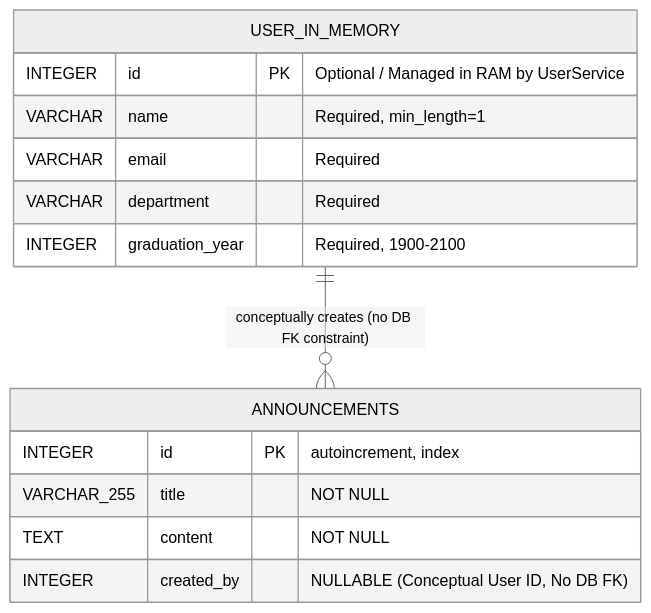
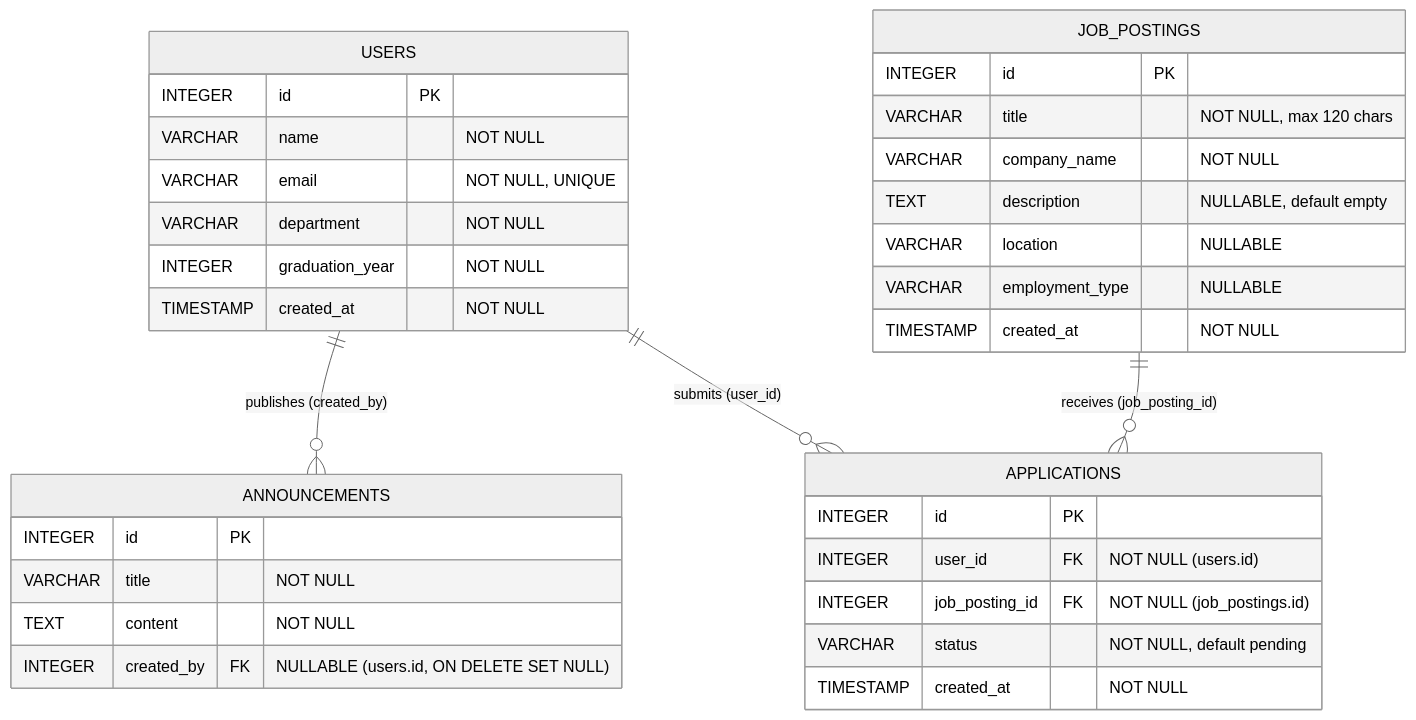
Before and after one commit to berenntn/alumni: the diagram in add.md, drawn with Mermaid (neutral theme). The commit also changed other lines of this file and 17 other files, not shown here.

````diff
--- a/add.md
+++ b/add.md
@@ -134,29 +114,40 @@
 ```mermaid
 erDiagram
-    %% ==========================================================
-    %% PHYSICAL DATABASE TABLE (PostgreSQL 16)
-    %% ==========================================================
-    ANNOUNCEMENTS {
-        INTEGER id PK "autoincrement, index"
-        VARCHAR_255 title "NOT NULL"
-        TEXT content "NOT NULL"
-        INTEGER created_by "NULLABLE (Conceptual User ID, No DB FK)"
+    USERS ||--o{ ANNOUNCEMENTS : "publishes (created_by)"
+    USERS ||--o{ APPLICATIONS : "submits (user_id)"
+    JOB_POSTINGS ||--o{ APPLICATIONS : "receives (job_posting_id)"
+
+    USERS {
+        INTEGER id PK
+        VARCHAR name "NOT NULL"
+        VARCHAR email "NOT NULL, UNIQUE"
+        VARCHAR department "NOT NULL"
+        INTEGER graduation_year "NOT NULL"
+        TIMESTAMP created_at "NOT NULL"
     }
 
-    %% ==========================================================
-    %% APPLICATION IN-MEMORY ENTITY (Python RAM / Dict[int, User])
-    %% ==========================================================
-    USER_IN_MEMORY {
-        INTEGER id PK "Optional / Managed in RAM by UserService"
-        VARCHAR name "Required, min_length=1"
-        VARCHAR email "Required"
-        VARCHAR department "Required"
-        INTEGER graduation_year "Required, 1900-2100"
+    ANNOUNCEMENTS {
+        INTEGER id PK
+        VARCHAR title "NOT NULL"
+        TEXT content "NOT NULL"
+        INTEGER created_by FK "NULLABLE (users.id, ON DELETE SET NULL)"
     }
 
-    %% ==========================================================
-    %% CONCEPTUAL RELATIONSHIP
-    %% (Enforced in application layer, NOT by PostgreSQL FK)
-    %% ==========================================================
-    USER_IN_MEMORY ||--o{ ANNOUNCEMENTS : "conceptually creates (no DB FK constraint)"
+    JOB_POSTINGS {
+        INTEGER id PK
+        VARCHAR title "NOT NULL, max 120 chars"
+        VARCHAR company_name "NOT NULL"
+        TEXT description "NULLABLE, default empty"
+        VARCHAR location "NULLABLE"
+        VARCHAR employment_type "NULLABLE"
+        TIMESTAMP created_at "NOT NULL"
+    }
+
+    APPLICATIONS {
+        INTEGER id PK
+        INTEGER user_id FK "NOT NULL (users.id)"
+        INTEGER job_posting_id FK "NOT NULL (job_postings.id)"
+        VARCHAR status "NOT NULL, default pending"
+        TIMESTAMP created_at "NOT NULL"
+    }
 ```
````
